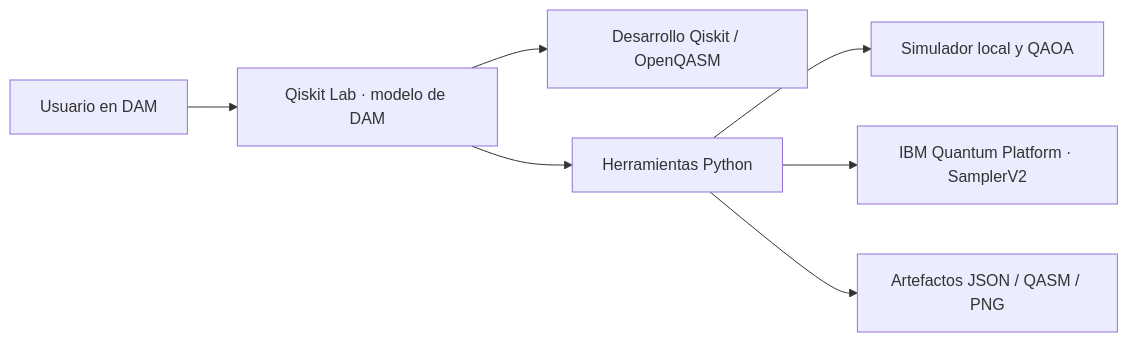
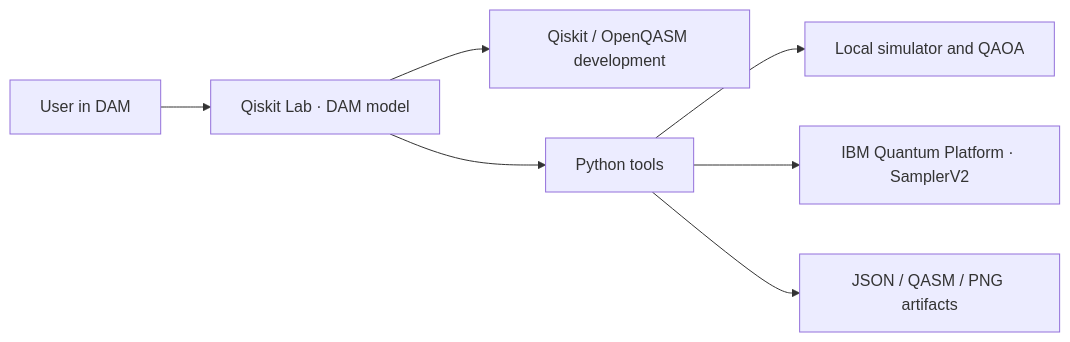
The diagram in README.md (BrUn3y/qiskit_lab), drawn with Mermaid before and after one commit. The commit also changed other lines of this file and 8 other files, not shown here.

Commit message:
docs: use English throughout Qiskit Lab code and onboarding

````diff
--- a/README.md
+++ b/README.md
@@ -7,9 +7,9 @@
 ```mermaid
 flowchart LR
-    U[Usuario en DAM] --> A[Qiskit Lab · modelo de DAM]
-    A --> D[Desarrollo Qiskit / OpenQASM]
-    A --> T[Herramientas Python]
-    T --> S[Simulador local y QAOA]
+    U[User in DAM] --> A[Qiskit Lab · DAM model]
+    A --> D[Qiskit / OpenQASM development]
+    A --> T[Python tools]
+    T --> S[Local simulator and QAOA]
     T --> I[IBM Quantum Platform · SamplerV2]
-    T --> F[Artefactos JSON / QASM / PNG]
+    T --> F[JSON / QASM / PNG artifacts]
 ```
````
